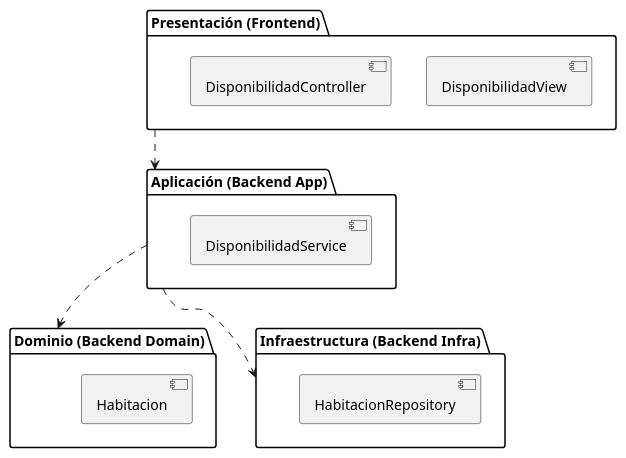
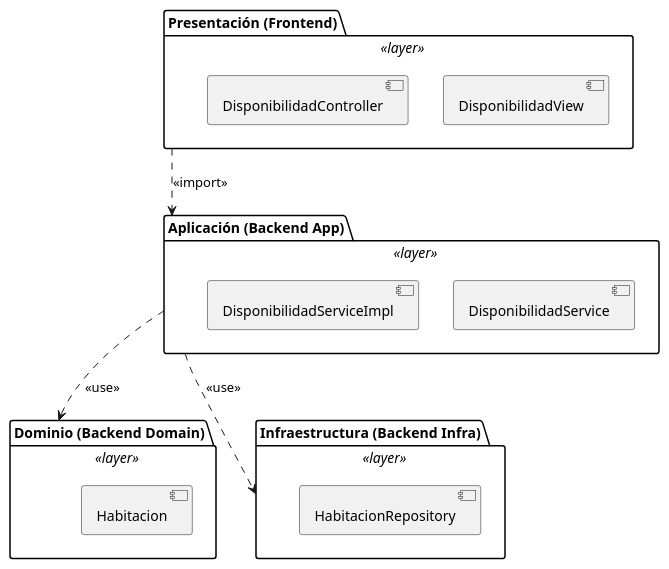
Before and after one commit to Tsmrain/GestionSistemas: the fifth of 36 diagrams in RefactorV4.md, drawn with PlantUML. The commit also changed other lines of this file and 1 other file, not shown here.

Commit message:
refactor: enhance UML diagrams with GRASP stereotypes, layer annotations, and updated sequence interactions.

````diff
--- a/RefactorV4.md
+++ b/RefactorV4.md
@@ -429,20 +456,21 @@
 ```plantuml
 @startuml
-package "Presentación (Frontend)" {
+package "Presentación (Frontend)" <<layer>> {
   [DisponibilidadView]
   [DisponibilidadController]
 }
-package "Aplicación (Backend App)" {
+package "Aplicación (Backend App)" <<layer>> {
   [DisponibilidadService]
+  [DisponibilidadServiceImpl]
 }
-package "Dominio (Backend Domain)" {
+package "Dominio (Backend Domain)" <<layer>> {
   [Habitacion]
 }
-package "Infraestructura (Backend Infra)" {
+package "Infraestructura (Backend Infra)" <<layer>> {
   [HabitacionRepository]
 }
-[Presentación (Frontend)] ..> [Aplicación (Backend App)]
-[Aplicación (Backend App)] ..> [Dominio (Backend Domain)]
-[Aplicación (Backend App)] ..> [Infraestructura (Backend Infra)]
+"Presentación (Frontend)" ..> "Aplicación (Backend App)" : <<import>>
+"Aplicación (Backend App)" ..> "Dominio (Backend Domain)" : <<use>>
+"Aplicación (Backend App)" ..> "Infraestructura (Backend Infra)" : <<use>>
 @enduml
 ```
````
